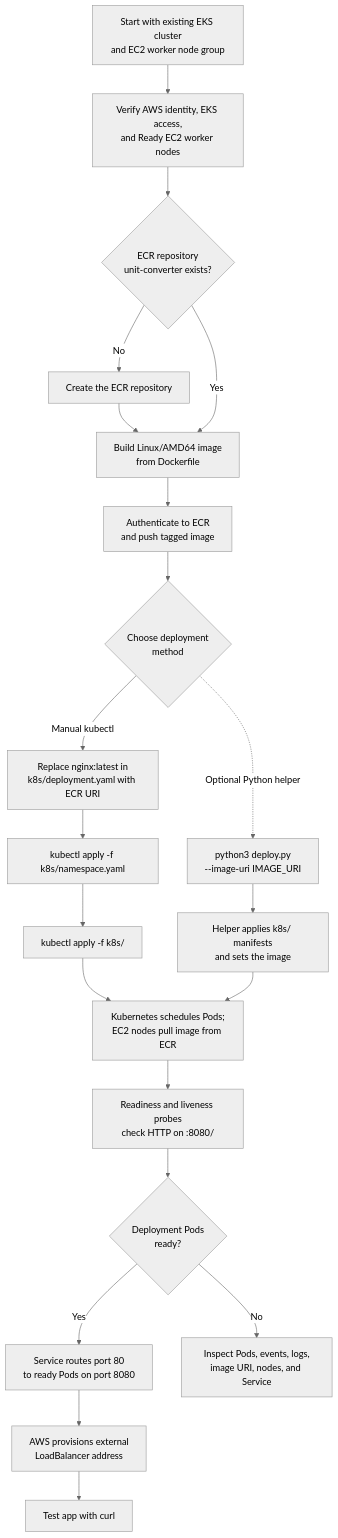
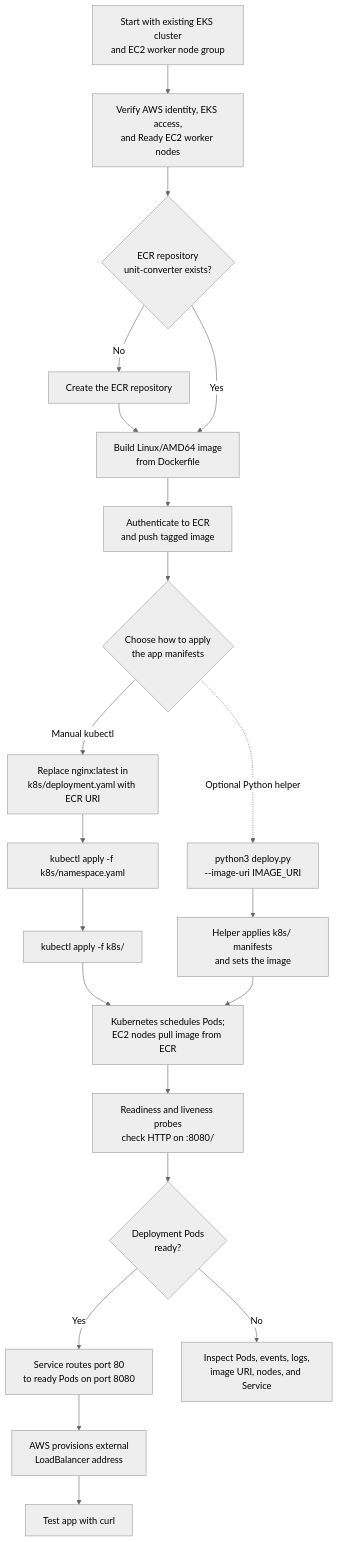
The second of 2 diagrams in document.md (vijay1912/unit-converter), drawn with Mermaid (neutral theme) before and after one commit. The commit also changed other lines of this file, not shown here.

First line of the commit message:
Clarify Kubernetes architecture for beginners

````diff
--- a/document.md
+++ b/document.md
@@ -86,31 +104,31 @@
 ```mermaid
 flowchart TD
     Start["Start with existing EKS cluster<br/>and EC2 worker node group"]
     Access["Verify AWS identity, EKS access,<br/>and Ready EC2 worker nodes"]
     Repo{"ECR repository<br/>unit-converter exists?"}
     CreateRepo["Create the ECR repository"]
     Build["Build Linux/AMD64 image<br/>from Dockerfile"]
     Push["Authenticate to ECR<br/>and push tagged image"]
-    Path{"Choose deployment<br/>method"}
+    Path{"Choose how to apply<br/>the app manifests"}
     Replace["Replace nginx:latest in<br/>k8s/deployment.yaml with ECR URI"]
     ApplyNS["kubectl apply -f k8s/namespace.yaml"]
     ApplyFiles["kubectl apply -f k8s/"]
     RunPython["python3 deploy.py<br/>--image-uri IMAGE_URI"]
     HelperWork["Helper applies k8s/ manifests<br/>and sets the image"]
     Schedule["Kubernetes schedules Pods;<br/>EC2 nodes pull image from ECR"]
     Health["Readiness and liveness probes<br/>check HTTP on :8080/"]
     Ready{"Deployment Pods<br/>ready?"}
     Service["Service routes port 80<br/>to ready Pods on port 8080"]
     LB["AWS provisions external<br/>LoadBalancer address"]
     Test["Test app with curl"]
     Diagnose["Inspect Pods, events, logs,<br/>image URI, nodes, and Service"]
     Start --> Access --> Repo
     Repo -->|"No"| CreateRepo --> Build
     Repo -->|"Yes"| Build
     Build --> Push --> Path
     Path -->|"Manual kubectl"| Replace --> ApplyNS --> ApplyFiles --> Schedule
     Path -.->|"Optional Python helper"| RunPython --> HelperWork --> Schedule
     Schedule --> Health --> Ready
     Ready -->|"Yes"| Service --> LB --> Test
     Ready -->|"No"| Diagnose
 ```
````
